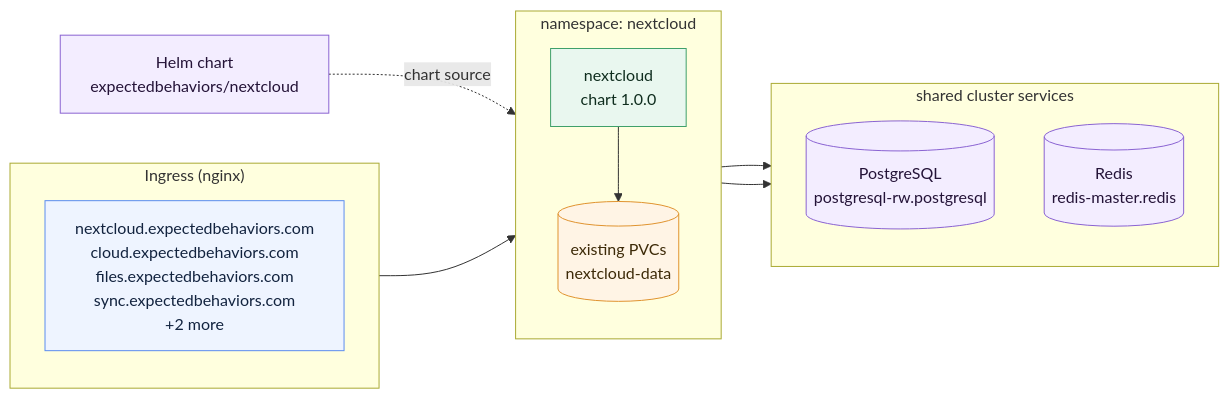
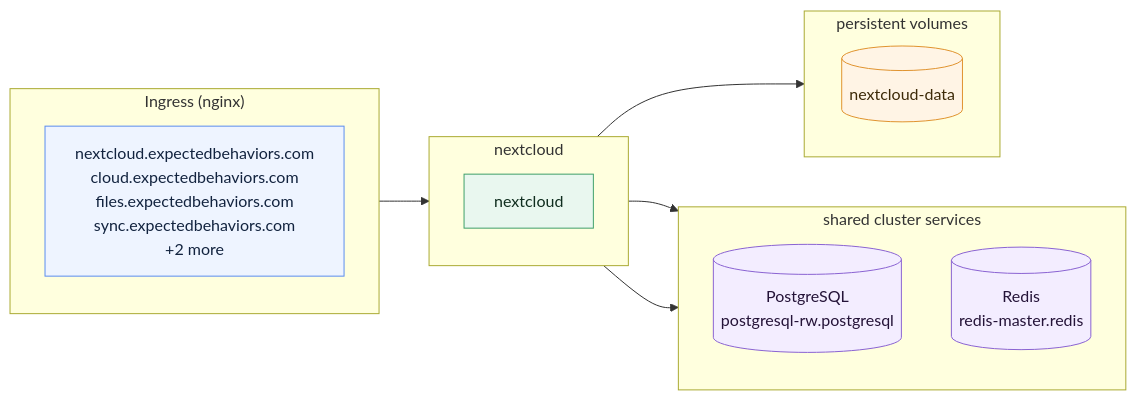
One commit to jd4883/homelab-nextcloud changed the diagram in docs/img/topology.mmd. Above: the diagram before and after it, drawn with Mermaid.

Commit message:
Regenerated the topology diagram to the current contract

```diff
--- a/docs/img/topology.mmd
+++ b/docs/img/topology.mmd
@@ -1,26 +1,27 @@
 flowchart LR
   classDef ext fill:#eef4ff,stroke:#5b8def,color:#12233f;
   classDef app fill:#e9f7ef,stroke:#3fa06a,color:#0f2d1e;
   classDef store fill:#fff4e5,stroke:#e0932f,color:#3d2a08;
   classDef sec fill:#fdecef,stroke:#d2506b,color:#3d0d18;
   classDef dep fill:#f3edff,stroke:#8a63d2,color:#241338;
   subgraph EDGE["Ingress (nginx)"]
     direction TB
     HOSTS["nextcloud.expectedbehaviors.com<br/>cloud.expectedbehaviors.com<br/>files.expectedbehaviors.com<br/>sync.expectedbehaviors.com<br/>+2 more"]:::ext
   end
-  subgraph NS["namespace: nextcloud"]
+  subgraph NS["nextcloud"]
     direction TB
-    APP["nextcloud<br/>chart 1.0.0"]:::app
-    PVC[("existing PVCs<br/>nextcloud-data")]:::store
+    APP["nextcloud"]:::app
+  end
+  subgraph VOLS["persistent volumes"]
+    direction LR
+    V0[("nextcloud-data")]:::store
   end
   subgraph SHARED["shared cluster services"]
     direction TB
     PG[("PostgreSQL<br/>postgresql-rw.postgresql")]:::dep
     RD[("Redis<br/>redis-master.redis")]:::dep
   end
-  CHART["Helm chart<br/>expectedbehaviors/nextcloud"]:::dep
-  CHART -. "chart source" .-> APP
   HOSTS --> APP
-  APP --> PVC
+  APP --> VOLS
   APP --> PG
   APP --> RD
```
